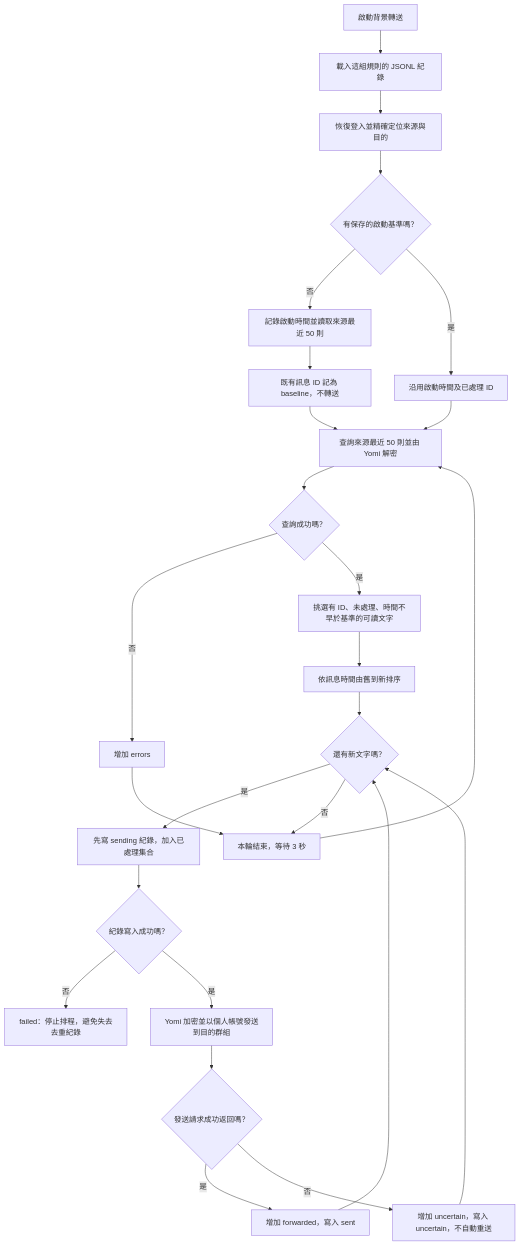
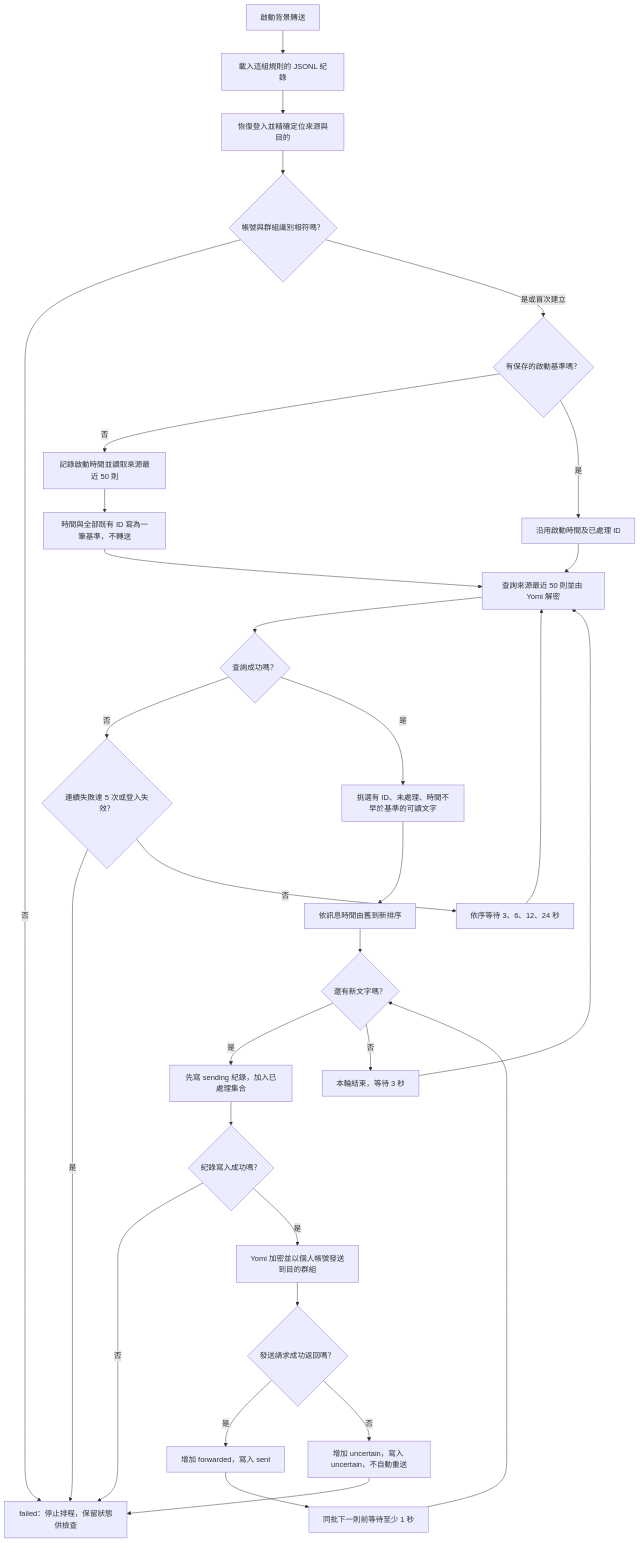
One commit to b40609/LinePort changed the second of 3 diagrams in README.md. Above: the diagram before and after it, drawn with Mermaid. The commit also changed other lines of this file and 26 other files, not shown here.

````diff
--- a/README.md
+++ b/README.md
@@ -44,28 +48,33 @@
 ```mermaid
 flowchart TD
     A[啟動背景轉送] --> B[載入這組規則的 JSONL 紀錄]
     B --> C[恢復登入並精確定位來源與目的]
-    C --> D{有保存的啟動基準嗎？}
+    C --> R{帳號與群組識別相符嗎？}
+    R -- 否 --> Z
+    R -- 是或首次建立 --> D{有保存的啟動基準嗎？}
     D -- 否 --> E[記錄啟動時間並讀取來源最近 50 則]
-    E --> F[既有訊息 ID 記為 baseline，不轉送]
+    E --> F[時間與全部既有 ID 寫為一筆基準，不轉送]
     D -- 是 --> G[沿用啟動時間及已處理 ID]
     F --> H[查詢來源最近 50 則並由 Yomi 解密]
     G --> H
     H --> I{查詢成功嗎？}
-    I -- 否 --> X[增加 errors]
+    I -- 否 --> X{連續失敗達 5 次或登入失效？}
     I -- 是 --> J[挑選有 ID、未處理、時間不早於基準的可讀文字]
     J --> K[依訊息時間由舊到新排序]
     K --> N{還有新文字嗎？}
     N -- 是 --> M[先寫 sending 紀錄，加入已處理集合]
     M --> P{紀錄寫入成功嗎？}
-    P -- 否 --> Z[failed：停止排程，避免失去去重紀錄]
+    P -- 否 --> Z[failed：停止排程，保留狀態供檢查]
     P -- 是 --> Q[Yomi 加密並以個人帳號發送到目的群組]
     Q --> T{發送請求成功返回嗎？}
     T -- 是 --> V[增加 forwarded，寫入 sent]
     T -- 否 --> W[增加 uncertain，寫入 uncertain，不自動重送]
-    V --> N
-    W --> N
+    V --> U[同批下一則前等待至少 1 秒]
+    U --> N
+    W --> Z
     N -- 否 --> S[本輪結束，等待 3 秒]
-    X --> S
+    X -- 是 --> Z
+    X -- 否 --> Y[依序等待 3、6、12、24 秒]
+    Y --> H
     S --> H
 ```
````
